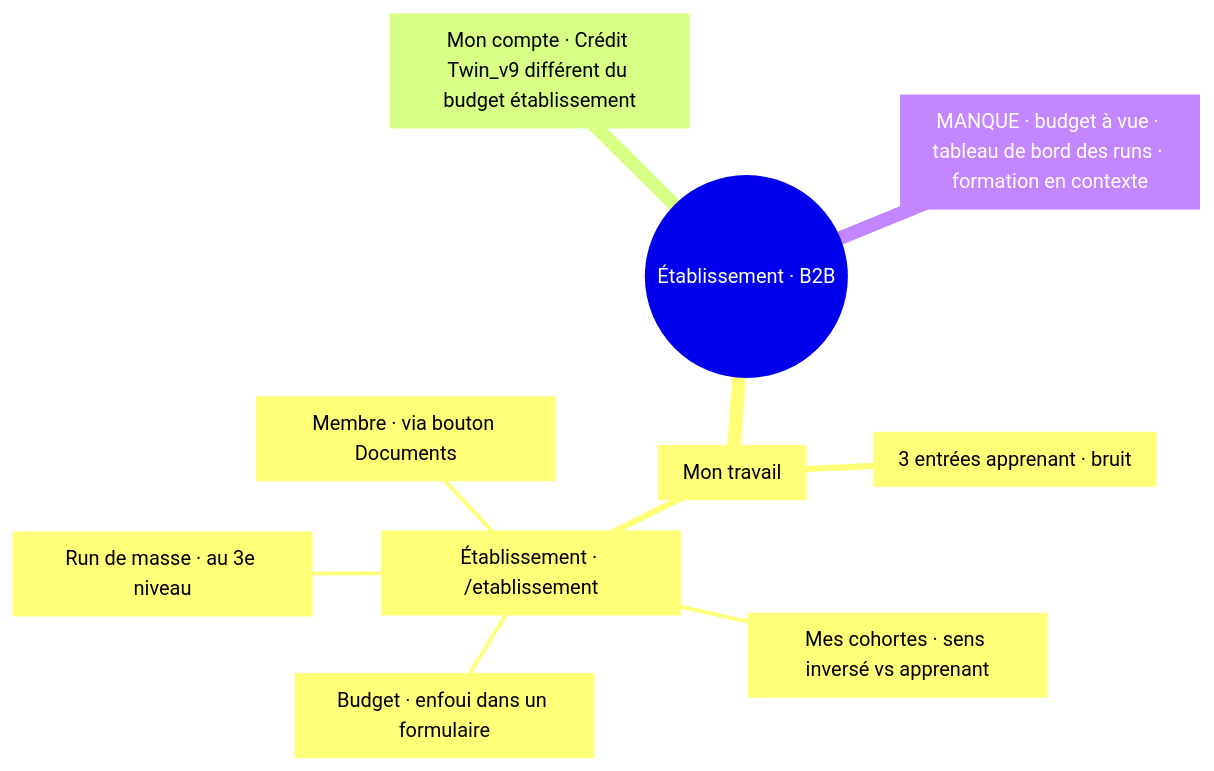
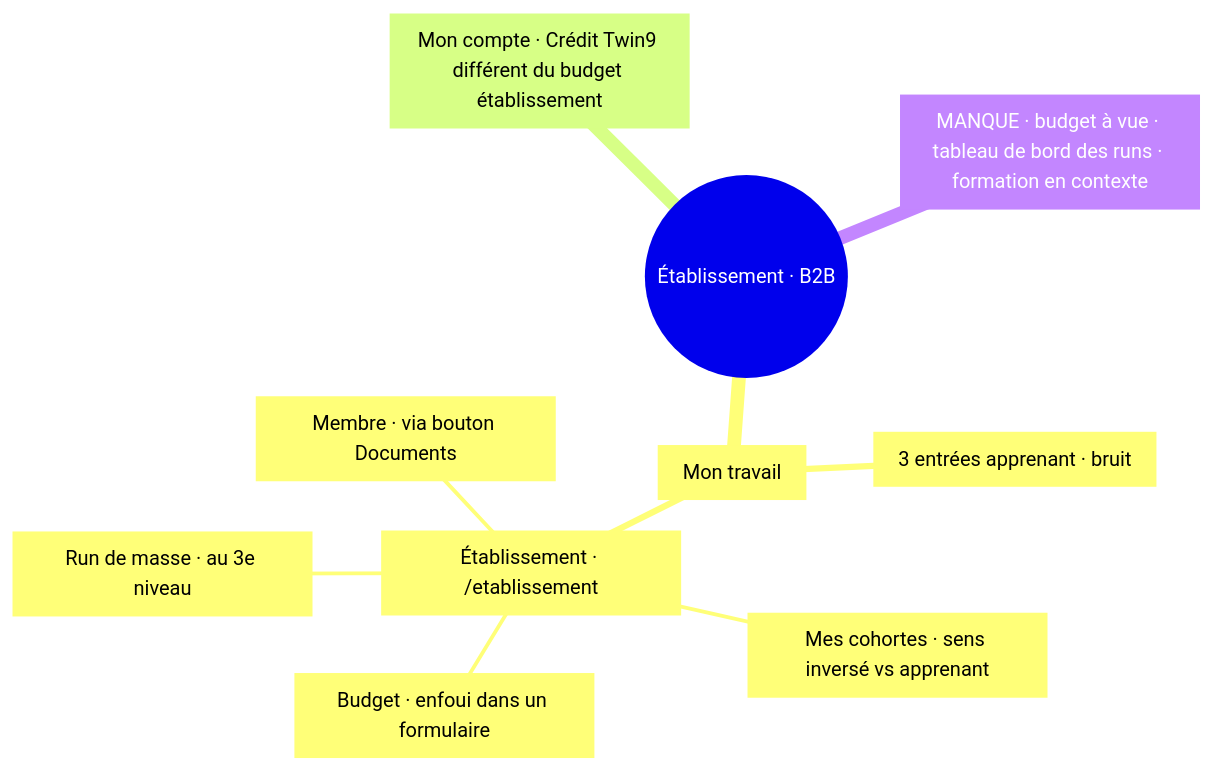
The eighth of 12 diagrams in docs/ergonomie-navigation.md (4nd4ny/humanome), drawn with Mermaid before and after one commit. The commit also changed other lines of this file and 78 other files, not shown here.

````diff
--- a/docs/ergonomie-navigation.md
+++ b/docs/ergonomie-navigation.md
@@ -212,13 +212,13 @@
 ```mermaid
 mindmap
   root((Établissement · B2B))
     t["Mon travail"]
       a["3 entrées apprenant · bruit"]
       e["Établissement · /etablissement"]
         e1["Mes cohortes · sens inversé vs apprenant"]
         e2["Budget · enfoui dans un formulaire"]
         e3["Run de masse · au 3e niveau"]
         e4["Membre · via bouton Documents"]
-    cc["Mon compte · Crédit Twin_v9 différent du budget établissement"]
+    cc["Mon compte · Crédit Twin9 différent du budget établissement"]
     x["MANQUE · budget à vue · tableau de bord des runs · formation en contexte"]
 ```
````
